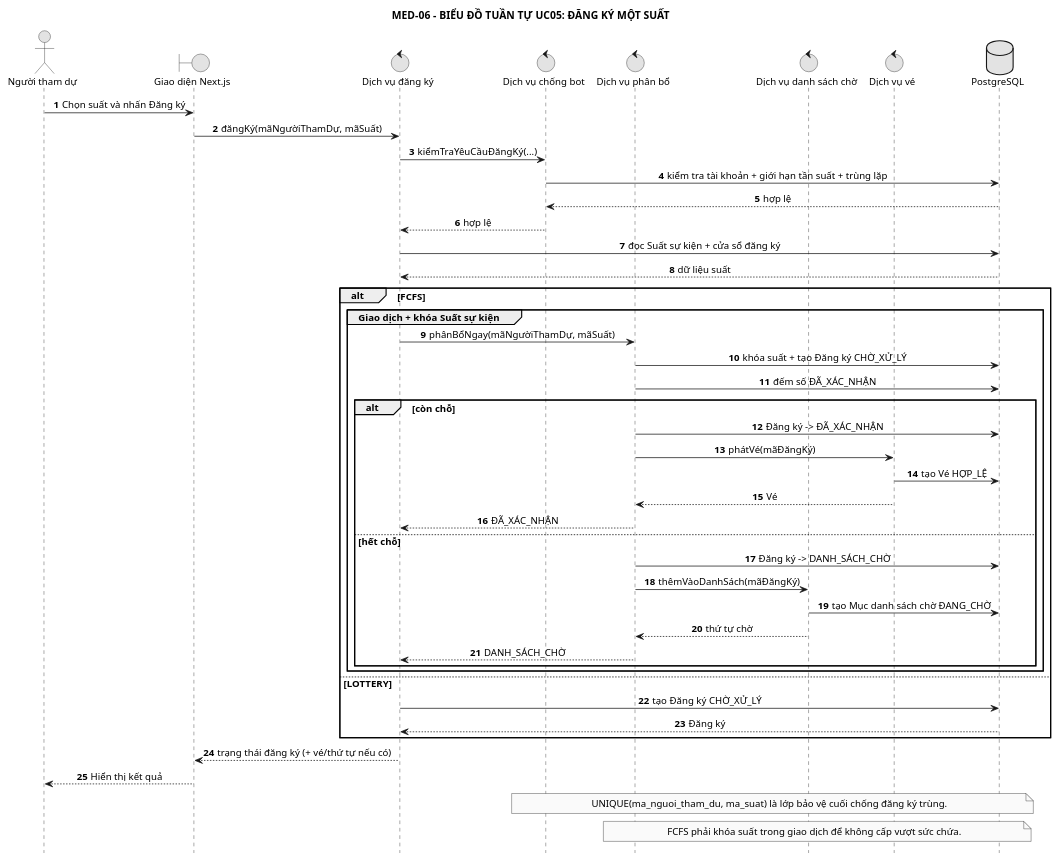
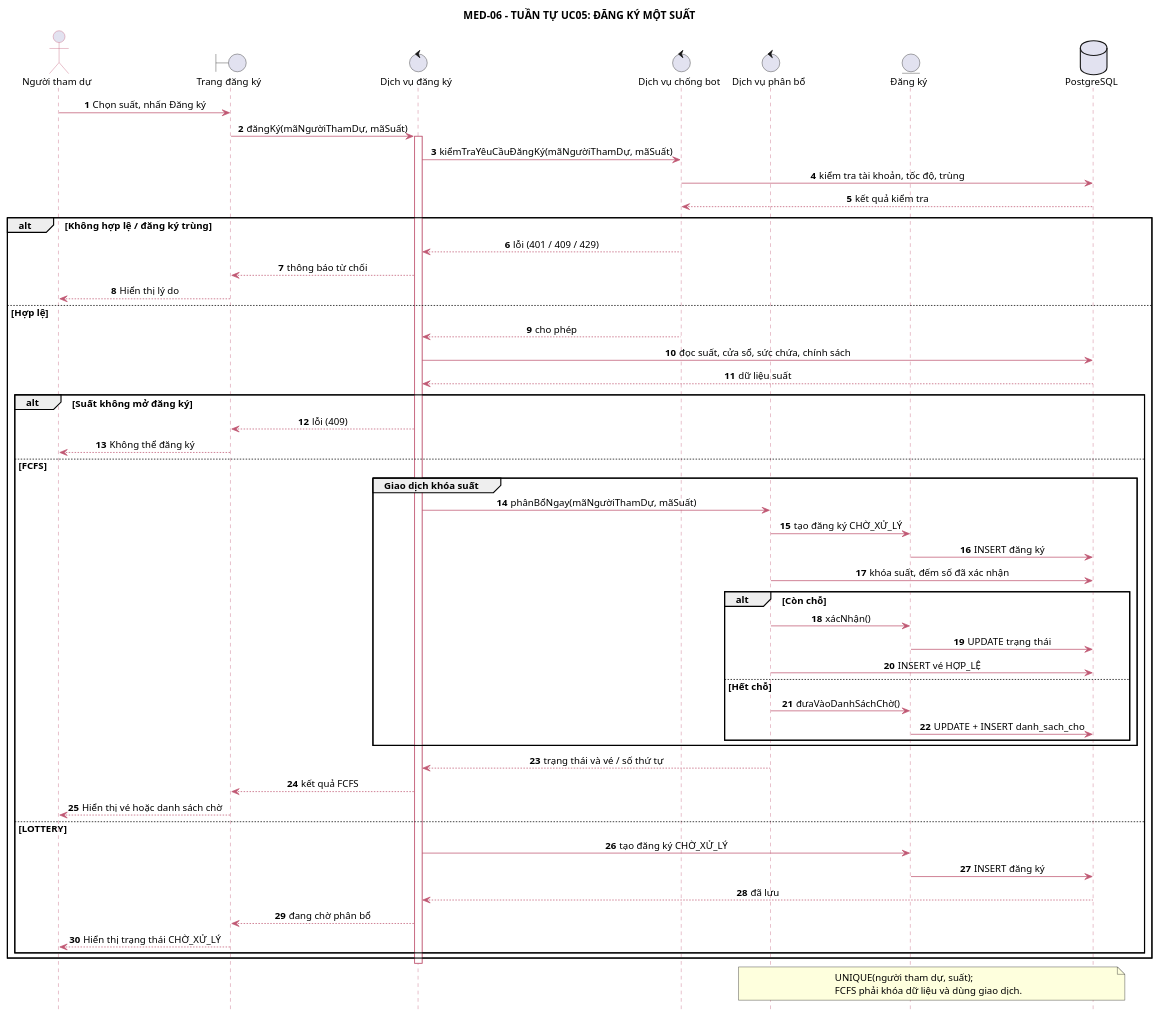
Before and after one commit to anh632k-ui/OOP-DoAn: the diagram in PTTK/05_Sequence/01-uc05-register-session.puml, drawn with PlantUML. The commit also changed 4 other files, not shown here.

Commit message:
fix(pttk): 5 Sequence theo Actor Boundary Control Entity, phân nhánh lỗi và giao dịch

```diff
--- a/PTTK/05_Sequence/01-uc05-register-session.puml
+++ b/PTTK/05_Sequence/01-uc05-register-session.puml
@@ -1,57 +1,73 @@
 @startuml
-skinparam monochrome true
+skinparam backgroundColor white
 skinparam shadowing false
+skinparam defaultFontName Arial
 skinparam defaultFontSize 13
 skinparam sequenceMessageAlign center
 skinparam responseMessageBelowArrow true
+skinparam sequence {
+  ArrowColor #C05773
+  LifeLineBorderColor #C05773
+  ParticipantBackgroundColor #FFF8CE
+  ParticipantBorderColor #C05773
+  ActorBorderColor #C05773
+}
 hide footbox
-title MED-06 - BIỂU ĐỒ TUẦN TỰ UC05: ĐĂNG KÝ MỘT SUẤT
-actor "Người tham dự" as NTD
-boundary "Giao diện Next.js" as UI
+autonumber
+title MED-06 - TUẦN TỰ UC05: ĐĂNG KÝ MỘT SUẤT
+actor "Người tham dự" as A
+boundary "Trang đăng ký" as UI
 control "Dịch vụ đăng ký" as DK
 control "Dịch vụ chống bot" as CB
 control "Dịch vụ phân bổ" as PB
-control "Dịch vụ danh sách chờ" as DSC
-control "Dịch vụ vé" as VE
-database "PostgreSQL" as CSDL
-autonumber
-NTD -> UI : Chọn suất và nhấn Đăng ký
+entity "Đăng ký" as ENT
+database "PostgreSQL" as DB
+A -> UI : Chọn suất, nhấn Đăng ký
 UI -> DK : đăngKý(mãNgườiThamDự, mãSuất)
-DK -> CB : kiểmTraYêuCầuĐăngKý(...)
-CB -> CSDL : kiểm tra tài khoản + giới hạn tần suất + trùng lặp
-CSDL --> CB : hợp lệ
-CB --> DK : hợp lệ
-DK -> CSDL : đọc Suất sự kiện + cửa sổ đăng ký
-CSDL --> DK : dữ liệu suất
-alt FCFS
-  group Giao dịch + khóa Suất sự kiện
-    DK -> PB : phânBổNgay(mãNgườiThamDự, mãSuất)
-    PB -> CSDL : khóa suất + tạo Đăng ký CHỜ_XỬ_LÝ
-    PB -> CSDL : đếm số ĐÃ_XÁC_NHẬN
-    alt còn chỗ
-      PB -> CSDL : Đăng ký -> ĐÃ_XÁC_NHẬN
-      PB -> VE : phátVé(mãĐăngKý)
-      VE -> CSDL : tạo Vé HỢP_LỆ
-      VE --> PB : Vé
-      PB --> DK : ĐÃ_XÁC_NHẬN
-    else hết chỗ
-      PB -> CSDL : Đăng ký -> DANH_SÁCH_CHỜ
-      PB -> DSC : thêmVàoDanhSách(mãĐăngKý)
-      DSC -> CSDL : tạo Mục danh sách chờ ĐANG_CHỜ
-      DSC --> PB : thứ tự chờ
-      PB --> DK : DANH_SÁCH_CHỜ
+activate DK
+DK -> CB : kiểmTraYêuCầuĐăngKý(mãNgườiThamDự, mãSuất)
+CB -> DB : kiểm tra tài khoản, tốc độ, trùng
+DB --> CB : kết quả kiểm tra
+alt Không hợp lệ / đăng ký trùng
+  CB --> DK : lỗi (401 / 409 / 429)
+  DK --> UI : thông báo từ chối
+  UI --> A : Hiển thị lý do
+else Hợp lệ
+  CB --> DK : cho phép
+  DK -> DB : đọc suất, cửa sổ, sức chứa, chính sách
+  DB --> DK : dữ liệu suất
+  alt Suất không mở đăng ký
+    DK --> UI : lỗi (409)
+    UI --> A : Không thể đăng ký
+  else FCFS
+    group Giao dịch khóa suất
+      DK -> PB : phânBổNgay(mãNgườiThamDự, mãSuất)
+      PB -> ENT : tạo đăng ký CHỜ_XỬ_LÝ
+      ENT -> DB : INSERT đăng ký
+      PB -> DB : khóa suất, đếm số đã xác nhận
+      alt Còn chỗ
+        PB -> ENT : xácNhận()
+        ENT -> DB : UPDATE trạng thái
+        PB -> DB : INSERT vé HỢP_LỆ
+      else Hết chỗ
+        PB -> ENT : đưaVàoDanhSáchChờ()
+        ENT -> DB : UPDATE + INSERT danh_sach_cho
+      end
     end
+    PB --> DK : trạng thái và vé / số thứ tự
+    DK --> UI : kết quả FCFS
+    UI --> A : Hiển thị vé hoặc danh sách chờ
+  else LOTTERY
+    DK -> ENT : tạo đăng ký CHỜ_XỬ_LÝ
+    ENT -> DB : INSERT đăng ký
+    DB --> DK : đã lưu
+    DK --> UI : đang chờ phân bổ
+    UI --> A : Hiển thị trạng thái CHỜ_XỬ_LÝ
   end
-else LOTTERY
-  DK -> CSDL : tạo Đăng ký CHỜ_XỬ_LÝ
-  CSDL --> DK : Đăng ký
 end
-DK --> UI : trạng thái đăng ký (+ vé/thứ tự nếu có)
-UI --> NTD : Hiển thị kết quả
-note over CB,CSDL
-UNIQUE(ma_nguoi_tham_du, ma_suat) là lớp bảo vệ cuối chống đăng ký trùng.
-end note
-note over PB,CSDL
-FCFS phải khóa suất trong giao dịch để không cấp vượt sức chứa.
+deactivate DK
+note over PB,DB
+UNIQUE(người tham dự, suất);
+FCFS phải khóa dữ liệu và dùng giao dịch.
 end note
 @enduml
```
